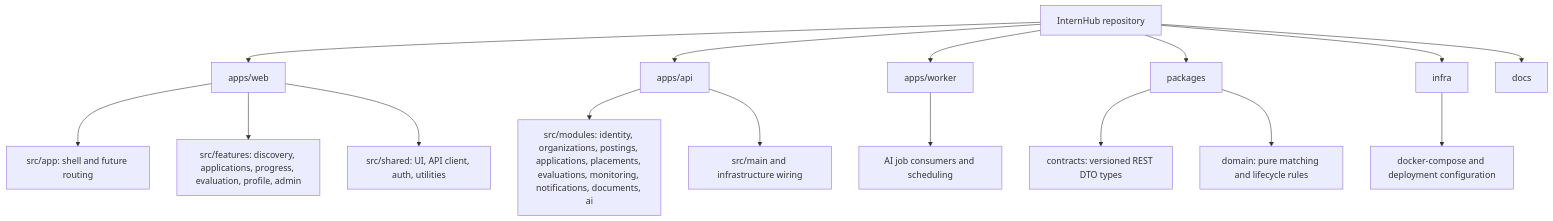
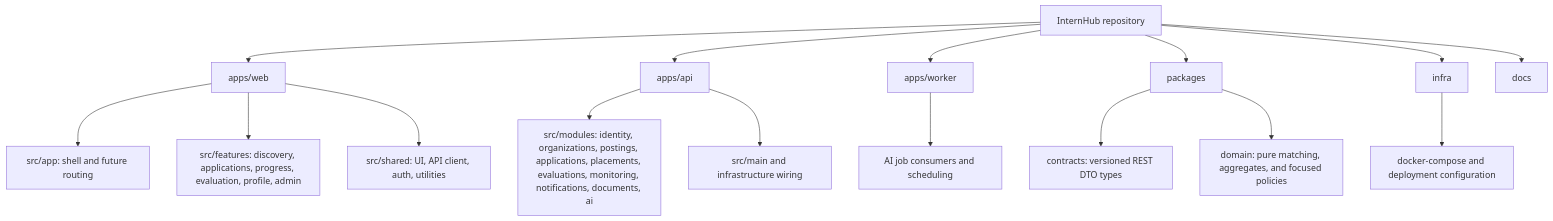
One commit to Binhdn04/DoanNhatBinh_PMDC_Intern_1109 changed the diagram in docs/architecture/c4/10-code-structure.md. Above: the diagram before and after it, drawn with Mermaid. The commit also changed other lines of this file and 7 other files, not shown here.

Commit message:
docs(architecture): document selective domain ownership

````diff
--- a/docs/architecture/c4/10-code-structure.md
+++ b/docs/architecture/c4/10-code-structure.md
@@ -5,22 +5,22 @@
 ```mermaid
 flowchart TB
   Root[InternHub repository]
   Root --> Web[apps/web]
   Root --> API[apps/api]
   Root --> Worker[apps/worker]
   Root --> Packages[packages]
   Root --> Infra[infra]
   Root --> Docs[docs]
 
   Web --> WebApp[src/app: shell and future routing]
   Web --> Features[src/features: discovery, applications, progress, evaluation, profile, admin]
   Web --> Shared[src/shared: UI, API client, auth, utilities]
 
   API --> Modules[src/modules: identity, organizations, postings, applications, placements, evaluations, monitoring, notifications, documents, ai]
   API --> Bootstrap[src/main and infrastructure wiring]
   Worker --> Consumers[AI job consumers and scheduling]
 
   Packages --> Contracts[contracts: versioned REST DTO types]
-  Packages --> Domain[domain: pure matching and lifecycle rules]
+  Packages --> Domain[domain: pure matching, aggregates, and focused policies]
   Infra --> Compose[docker-compose and deployment configuration]
 ```
````
